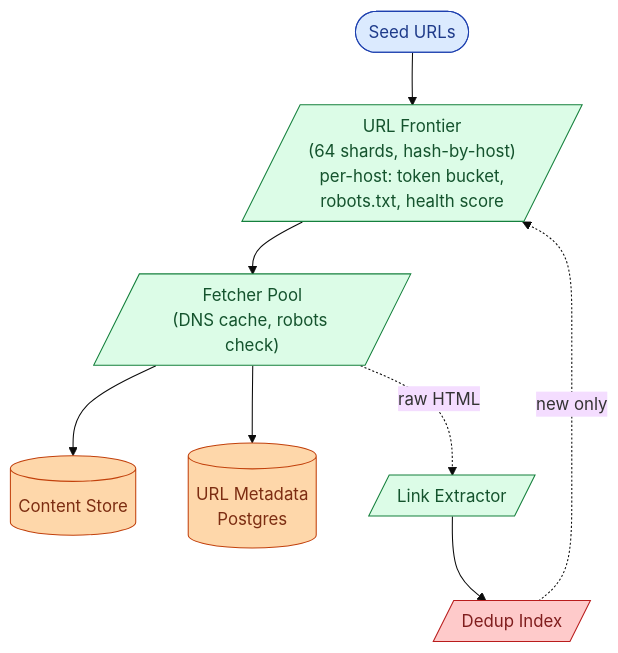
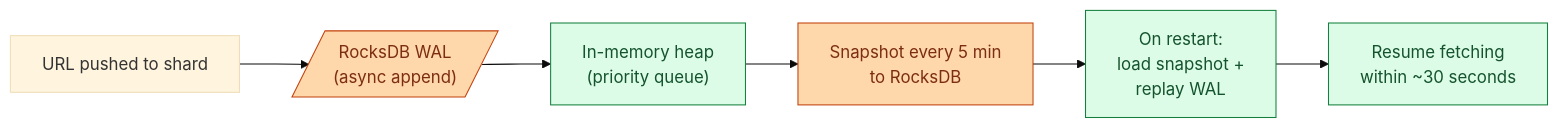
Before and after one commit to shiningflash/system-design: the sixth of 9 diagrams in problems/008-web-crawler/question.md, drawn with Mermaid (base theme). The commit also changed other lines of this file and 37 other files, not shown here.

````diff
--- a/problems/008-web-crawler/question.md
+++ b/problems/008-web-crawler/question.md
@@ -313,15 +281,12 @@
 ```mermaid
-flowchart TB
-    Seeds([Seed URLs]):::user --> F[/"URL Frontier<br/>(64 shards, hash-by-host)<br/>per-host: token bucket,<br/>robots.txt, health score"/]:::app
-    F --> W[/"Fetcher Pool<br/>(DNS cache, robots check)"/]:::app
-    W --> Store[("Content Store")]:::db
-    W --> M[("URL Metadata<br/>Postgres")]:::db
-    W -.raw HTML.-> P[/"Link Extractor"/]:::app
-    P --> D[/"Dedup Index"/]:::cache
-    D -.new only.-> F
+flowchart LR
+    Push["URL pushed to shard"] --> WAL[/"RocksDB WAL<br/>(async append)"/]:::db
+    WAL --> Mem["In-memory heap<br/>(priority queue)"]:::app
+    Mem --> Snap["Snapshot every 5 min<br/>to RocksDB"]:::db
+    Snap --> Boot["On restart:<br/>load snapshot +<br/>replay WAL"]:::app
+    Boot --> Resume["Resume fetching<br/>within ~30 seconds"]:::ok
 
-    classDef user fill:#dbeafe,stroke:#1e40af,color:#1e3a8a
+    classDef db fill:#fed7aa,stroke:#c2410c,color:#7c2d12
     classDef app fill:#dcfce7,stroke:#15803d,color:#14532d
-    classDef db fill:#fed7aa,stroke:#c2410c,color:#7c2d12
-    classDef cache fill:#fecaca,stroke:#b91c1c,color:#7f1d1d
+    classDef ok fill:#dcfce7,stroke:#15803d,color:#14532d
 ```
````
